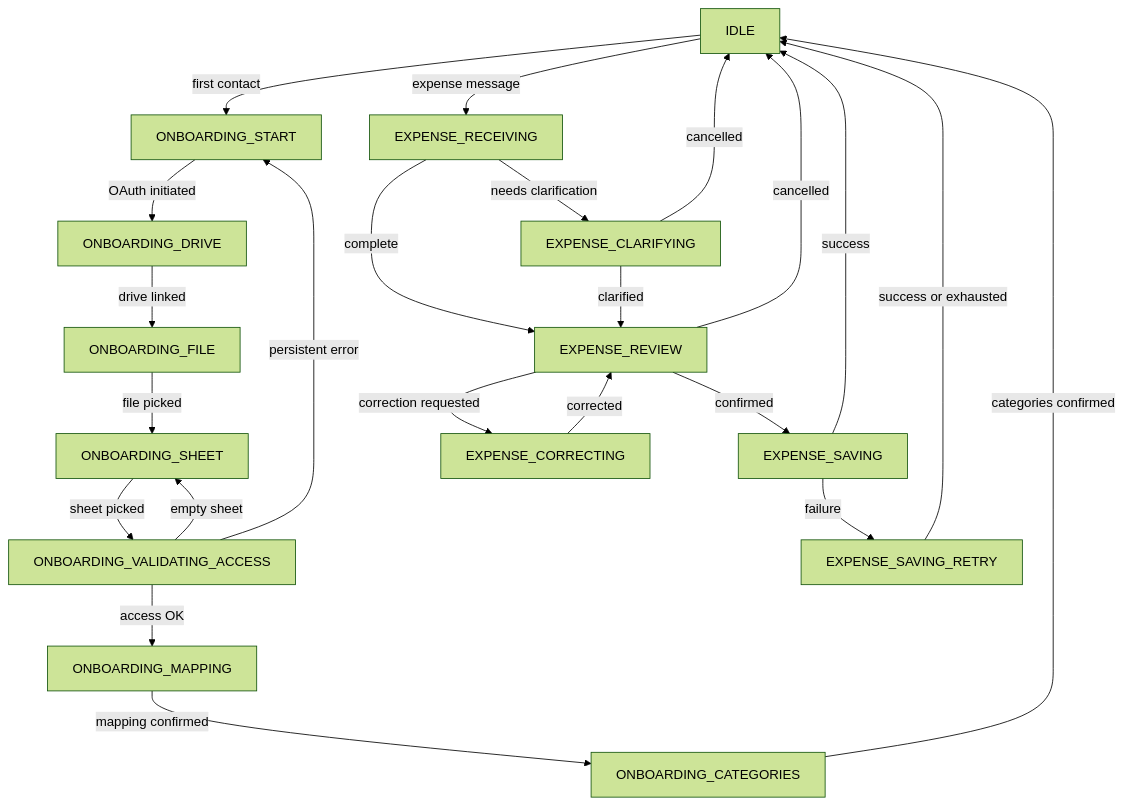
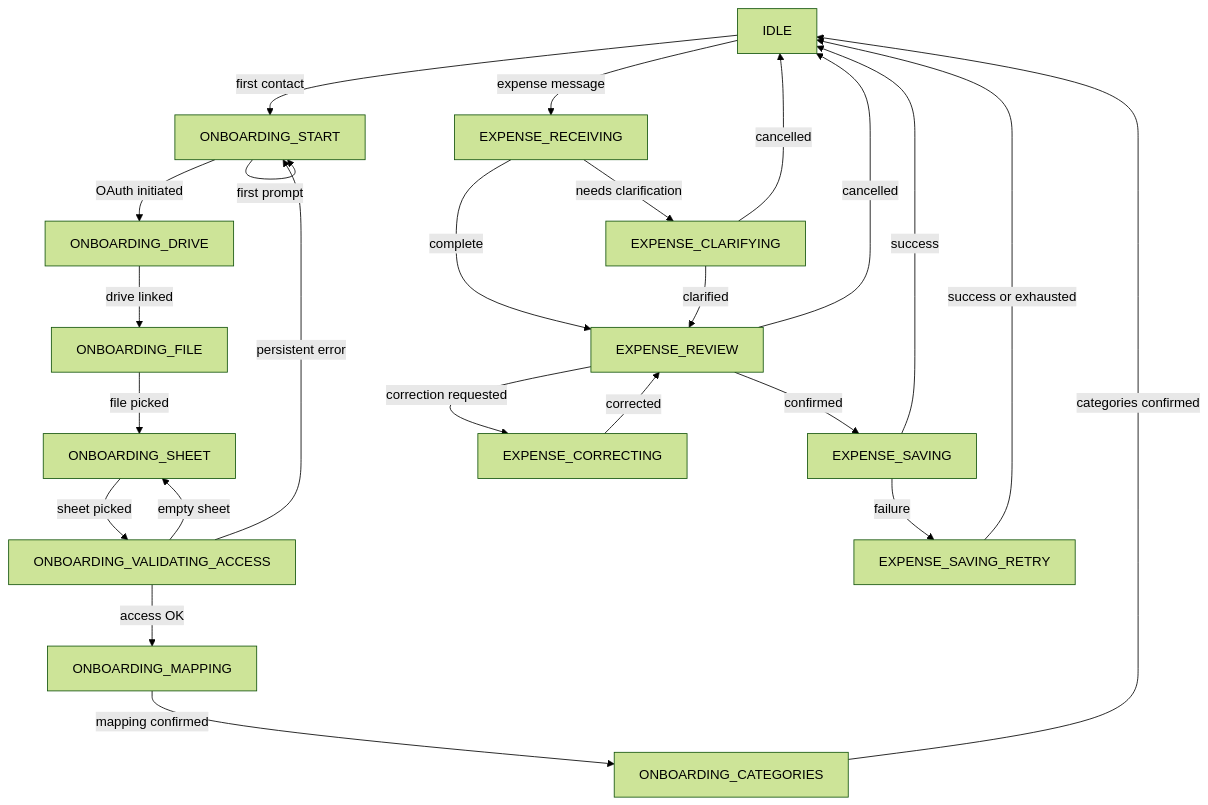
Before and after one commit to nmacenco/gastto: the diagram in docs/architecture/fsm-states.md, drawn with Mermaid (forest theme). The commit also changed other lines of this file and 14 other files, not shown here.

First line of the commit message:
feat(onboarding): send welcome prompt on first contact

````diff
--- a/docs/architecture/fsm-states.md
+++ b/docs/architecture/fsm-states.md
@@ -31,32 +31,33 @@
 ```mermaid
 flowchart TD
     IDLE -->|first contact| ONBOARDING_START
     IDLE -->|expense message| EXPENSE_RECEIVING
 
+    ONBOARDING_START -->|first prompt| ONBOARDING_START
     ONBOARDING_START -->|OAuth initiated| ONBOARDING_DRIVE
     ONBOARDING_DRIVE -->|drive linked| ONBOARDING_FILE
     ONBOARDING_FILE -->|file picked| ONBOARDING_SHEET
     ONBOARDING_SHEET -->|sheet picked| ONBOARDING_VALIDATING_ACCESS
     ONBOARDING_VALIDATING_ACCESS -->|access OK| ONBOARDING_MAPPING
     ONBOARDING_VALIDATING_ACCESS -->|empty sheet| ONBOARDING_SHEET
     ONBOARDING_VALIDATING_ACCESS -->|persistent error| ONBOARDING_START
     ONBOARDING_MAPPING -->|mapping confirmed| ONBOARDING_CATEGORIES
     ONBOARDING_CATEGORIES -->|categories confirmed| IDLE
 
     EXPENSE_RECEIVING -->|needs clarification| EXPENSE_CLARIFYING
     EXPENSE_RECEIVING -->|complete| EXPENSE_REVIEW
 
     EXPENSE_CLARIFYING -->|clarified| EXPENSE_REVIEW
     EXPENSE_CLARIFYING -->|cancelled| IDLE
 
     EXPENSE_REVIEW -->|confirmed| EXPENSE_SAVING
     EXPENSE_REVIEW -->|correction requested| EXPENSE_CORRECTING
     EXPENSE_REVIEW -->|cancelled| IDLE
 
     EXPENSE_CORRECTING -->|corrected| EXPENSE_REVIEW
 
     EXPENSE_SAVING -->|success| IDLE
     EXPENSE_SAVING -->|failure| EXPENSE_SAVING_RETRY
 
     EXPENSE_SAVING_RETRY -->|success or exhausted| IDLE
 ```
````
